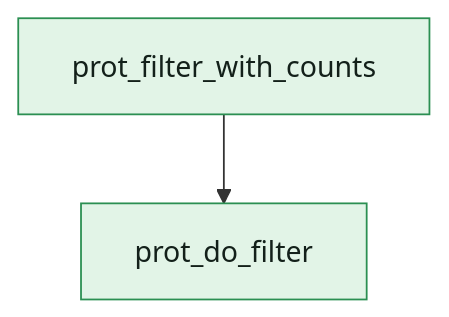
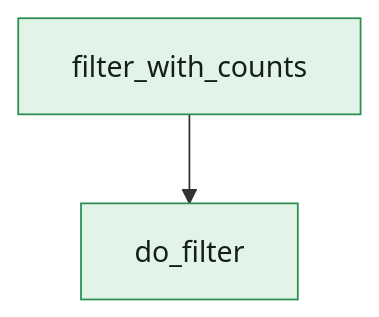
Before and after one commit to openpipelines-bio/openpipeline_docs: the diagram in reference/openpipeline/v4.2.0/workflows/prot/prot_singlesample.qmd, drawn with Mermaid. The commit also changed other lines of this file and 40 other files, not shown here.

````diff
--- a/reference/openpipeline/v4.2.0/workflows/prot/prot_singlesample.qmd
+++ b/reference/openpipeline/v4.2.0/workflows/prot/prot_singlesample.qmd
@@ -111,8 +111,8 @@
 ```{mermaid}
 flowchart TB
-    v18["prot_filter_with_counts"]
-    v49["prot_do_filter"]
-    v18 --> v49
-    style v18 fill:#e2f4e7,stroke:#2b8f52,color:#13201a
-    style v49 fill:#e2f4e7,stroke:#2b8f52,color:#13201a
+    c_filter_do_filter["do_filter"]
+    c_filter_filter_with_counts["filter_with_counts"]
+    c_filter_filter_with_counts --> c_filter_do_filter
+    style c_filter_do_filter fill:#e2f4e7,stroke:#2b8f52,color:#13201a
+    style c_filter_filter_with_counts fill:#e2f4e7,stroke:#2b8f52,color:#13201a
 ```
````
